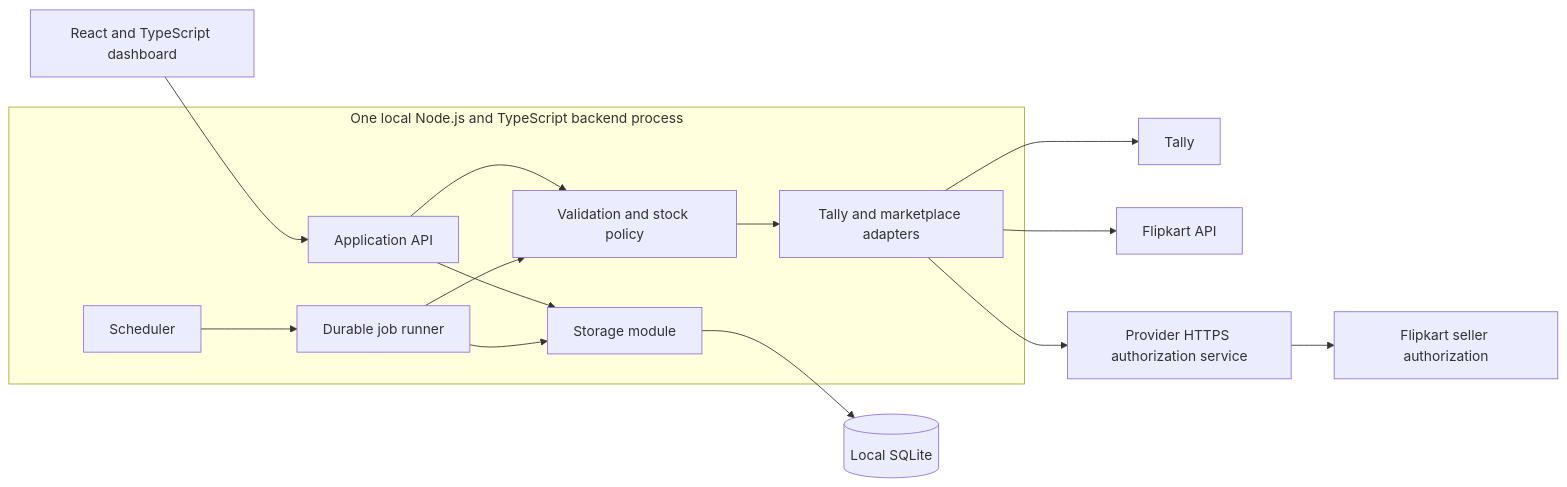
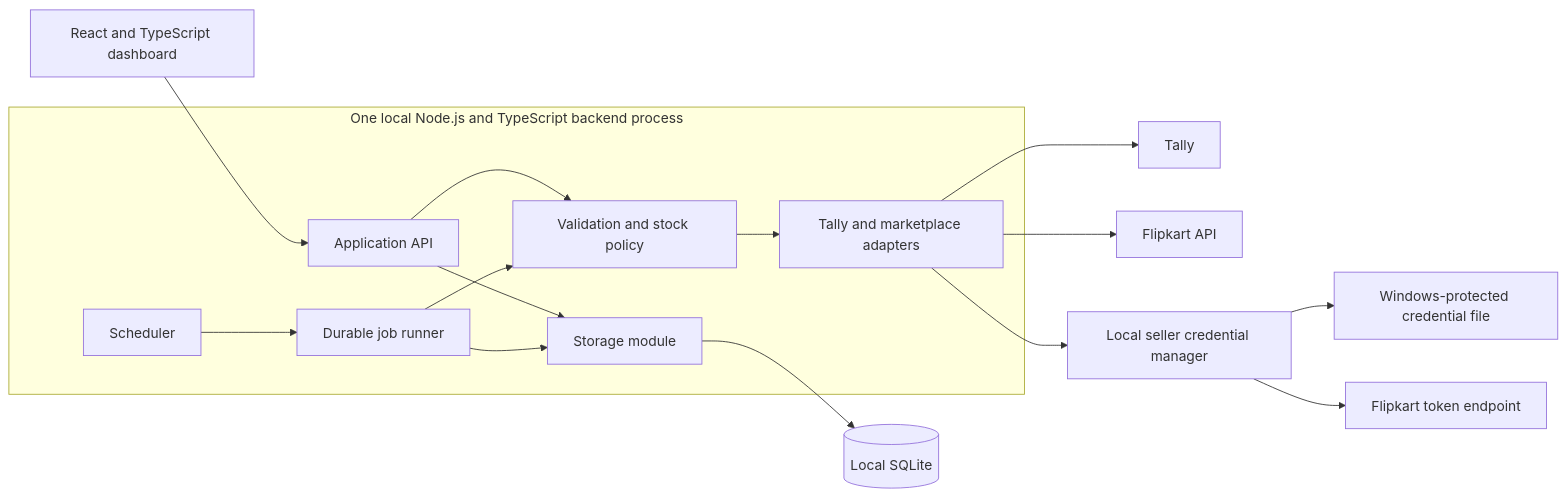
Before and after one commit to hingadtyre/TallyIntegration: the diagram in docs/design/architecture.md, drawn with Mermaid. The commit also changed other lines of this file and 27 other files, not shown here.

Commit message:
manual token update flow

````diff
--- a/docs/design/architecture.md
+++ b/docs/design/architecture.md
@@ -15,17 +15,18 @@
 ```mermaid
 flowchart LR
     UI[React and TypeScript dashboard] --> API
     subgraph Local[One local Node.js and TypeScript backend process]
         API[Application API] --> POLICY[Validation and stock policy]
         SCHED[Scheduler] --> JOBS[Durable job runner]
         JOBS --> POLICY
         POLICY --> ADAPTERS[Tally and marketplace adapters]
         API --> STORE[Storage module]
         JOBS --> STORE
     end
     STORE --> DB[(Local SQLite)]
     ADAPTERS --> TALLY[Tally]
     ADAPTERS --> FK[Flipkart API]
-    ADAPTERS --> AUTH[Provider HTTPS authorization service]
-    AUTH --> CONSENT[Flipkart seller authorization]
+    ADAPTERS --> AUTH[Local seller credential manager]
+    AUTH --> VAULT[Windows-protected credential file]
+    AUTH --> TOKEN[Flipkart token endpoint]
 ```
````
